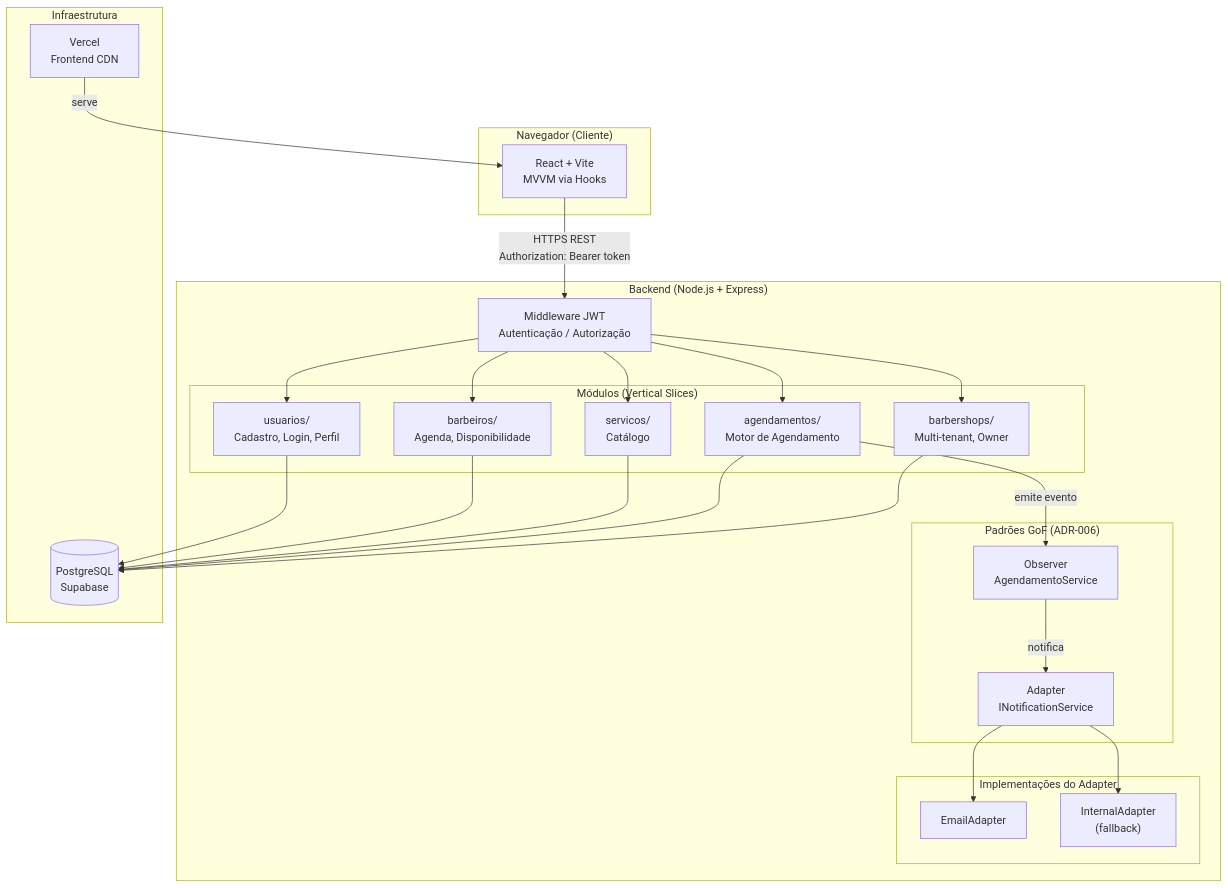
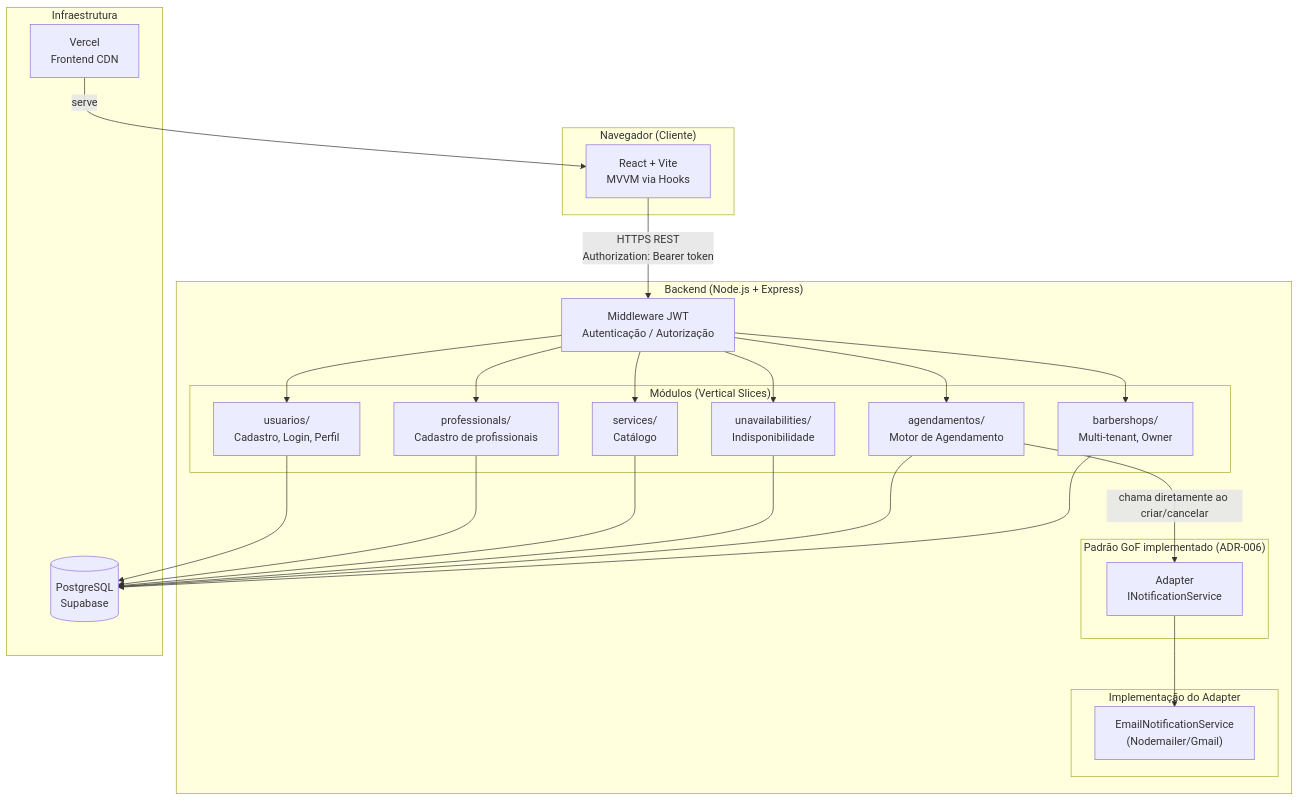
The first of 2 diagrams in docs/architecture/diagrams/component-diagram.md (jose2gabriel/BarberAgenda), drawn with Mermaid before and after one commit. The commit also changed other lines of this file and 9 other files, not shown here.

````diff
--- a/docs/architecture/diagrams/component-diagram.md
+++ b/docs/architecture/diagrams/component-diagram.md
@@ -5,53 +5,52 @@
 ```mermaid
 graph TD
     subgraph Cliente["Navegador (Cliente)"]
         UI["React + Vite\nMVVM via Hooks"]
     end
 
     subgraph Backend["Backend (Node.js + Express)"]
         MW["Middleware JWT\nAutenticação / Autorização"]
         
         subgraph Modulos["Módulos (Vertical Slices)"]
             MOD_USR["usuarios/\nCadastro, Login, Perfil"]
-            MOD_BAR["barbeiros/\nAgenda, Disponibilidade"]
-            MOD_SRV["servicos/\nCatálogo"]
+            MOD_BAR["professionals/\nCadastro de profissionais"]
+            MOD_SRV["services/\nCatálogo"]
+            MOD_UNA["unavailabilities/\nIndisponibilidade"]
             MOD_AGD["agendamentos/\nMotor de Agendamento"]
             MOD_ADM["barbershops/\nMulti-tenant, Owner"]
         end
 
-        subgraph Patterns["Padrões GoF (ADR-006)"]
-            OBS["Observer\nAgendamentoService"]
+        subgraph Patterns["Padrão GoF implementado (ADR-006)"]
             ADP["Adapter\nINotificationService"]
         end
 
-        subgraph Adapters["Implementações do Adapter"]
-            EMAIL["EmailAdapter"]
-            INTERNAL["InternalAdapter\n(fallback)"]
+        subgraph AdapterImpl["Implementação do Adapter"]
+            EMAIL["EmailNotificationService\n(Nodemailer/Gmail)"]
         end
     end
 
     subgraph Infra["Infraestrutura"]
         DB[("PostgreSQL\nSupabase")]
         VERCEL["Vercel\nFrontend CDN"]
     end
 
     UI -->|"HTTPS REST\nAuthorization: Bearer token"| MW
     MW --> MOD_USR
     MW --> MOD_BAR
     MW --> MOD_SRV
+    MW --> MOD_UNA
     MW --> MOD_AGD
     MW --> MOD_ADM
 
-    MOD_AGD -->|"emite evento"| OBS
-    OBS -->|"notifica"| ADP
+    MOD_AGD -->|"chama diretamente ao criar/cancelar"| ADP
     ADP --> EMAIL
-    ADP --> INTERNAL
 
     MOD_USR --> DB
     MOD_BAR --> DB
     MOD_SRV --> DB
+    MOD_UNA --> DB
     MOD_AGD --> DB
     MOD_ADM --> DB
 
     VERCEL -->|"serve"| UI
 ```
````
